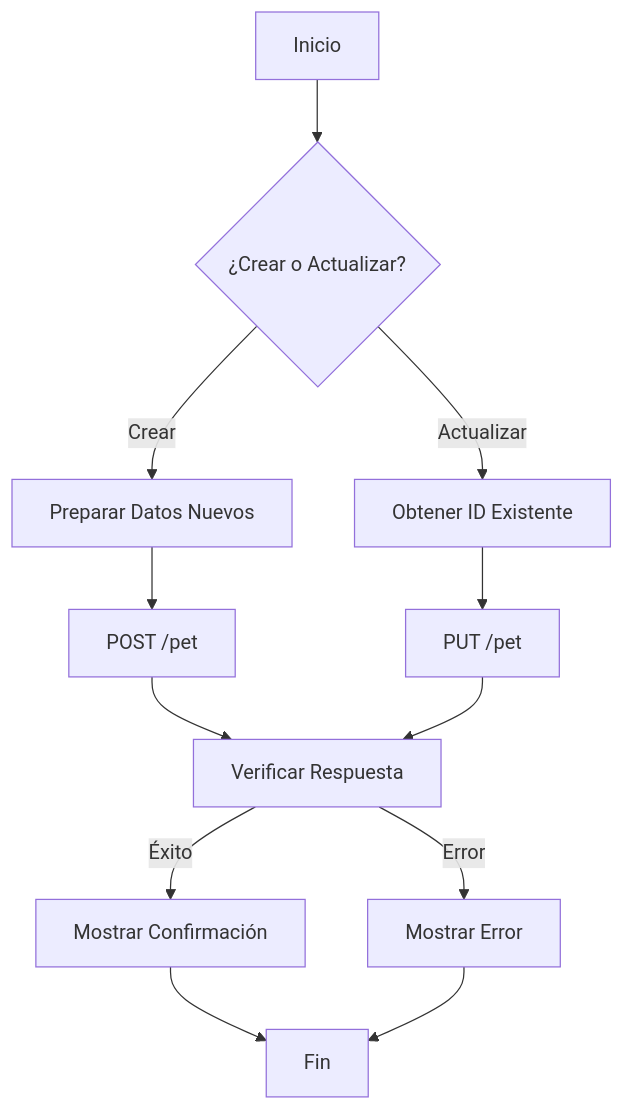
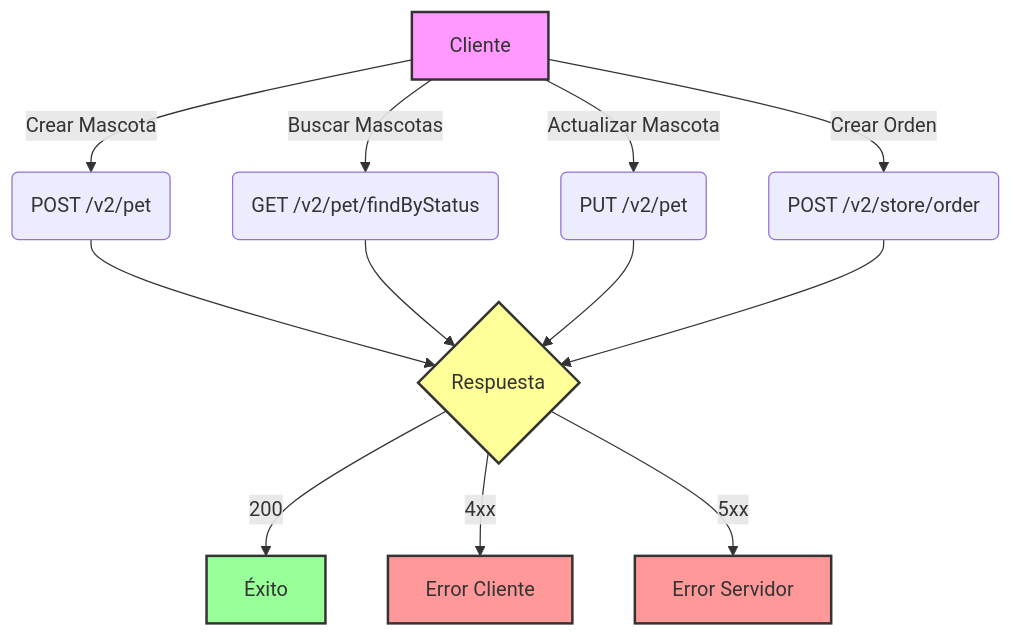
The second of 2 diagrams in README.md (AndresO7/TechnicalTestKushki), drawn with Mermaid before and after one commit. The commit also changed other lines of this file, not shown here.

````diff
--- a/README.md
+++ b/README.md
@@ -62,14 +181,22 @@
 ```mermaid
 graph TD
-    A[Inicio] --> B{¿Crear o Actualizar?}
-    B -->|Crear| C[Preparar Datos Nuevos]
-    B -->|Actualizar| D[Obtener ID Existente]
-    C --> E[POST /pet]
-    D --> F[PUT /pet]
-    E --> G[Verificar Respuesta]
-    F --> G
-    G -->|Éxito| H[Mostrar Confirmación]
-    G -->|Error| I[Mostrar Error]
-    H --> J[Fin]
-    I --> J
+    A[Cliente] -->|Crear Mascota| B(POST /v2/pet)
+    A -->|Buscar Mascotas| C(GET /v2/pet/findByStatus)
+    A -->|Actualizar Mascota| D(PUT /v2/pet)
+    A -->|Crear Orden| E(POST /v2/store/order)
+    
+    B --> F{Respuesta}
+    C --> F
+    D --> F
+    E --> F
+    
+    F -->|200| G[Éxito]
+    F -->|4xx| H[Error Cliente]
+    F -->|5xx| I[Error Servidor]
+    
+    style A fill:#f9f,stroke:#333,stroke-width:2px
+    style F fill:#ff9,stroke:#333,stroke-width:2px
+    style G fill:#9f9,stroke:#333,stroke-width:2px
+    style H fill:#f99,stroke:#333,stroke-width:2px
+    style I fill:#f99,stroke:#333,stroke-width:2px
 ```
````
